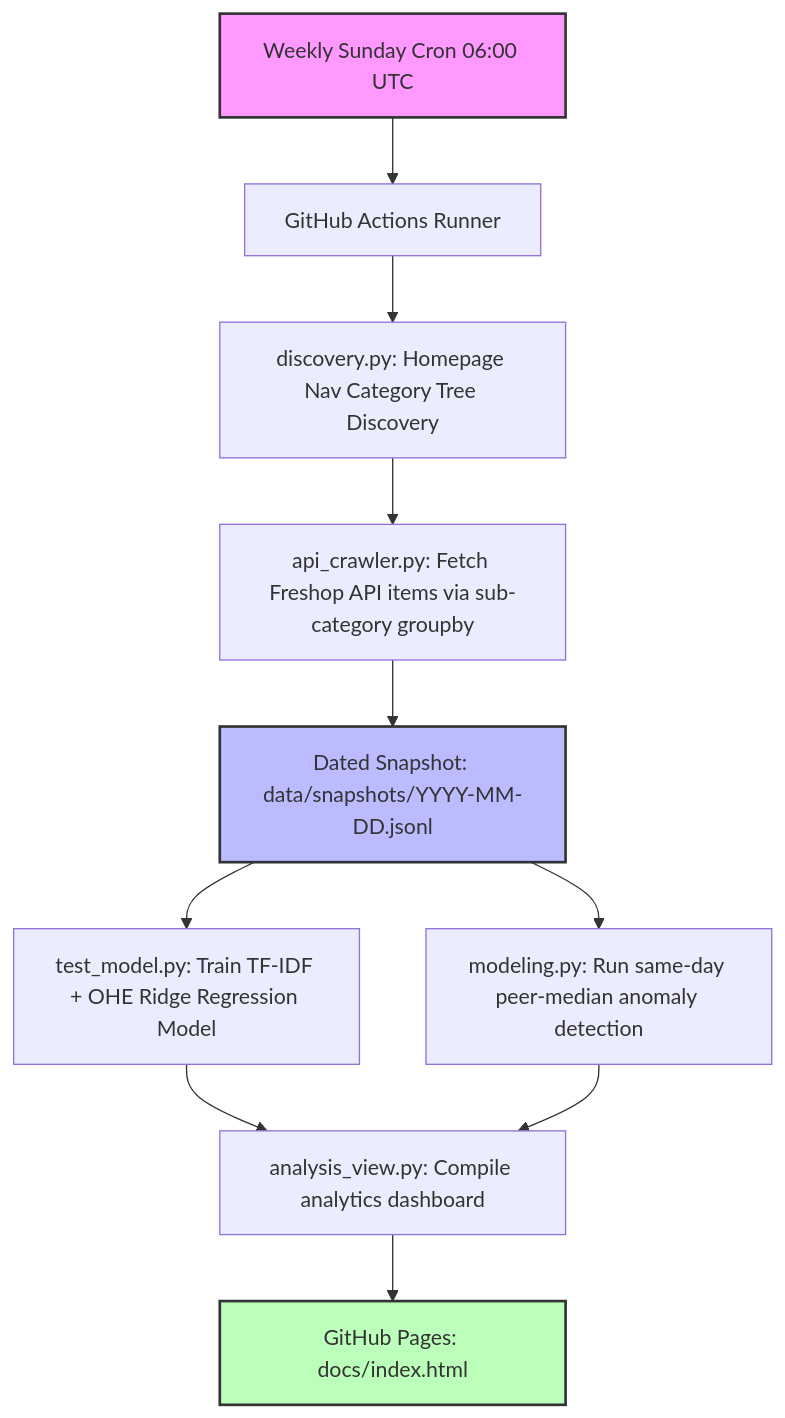
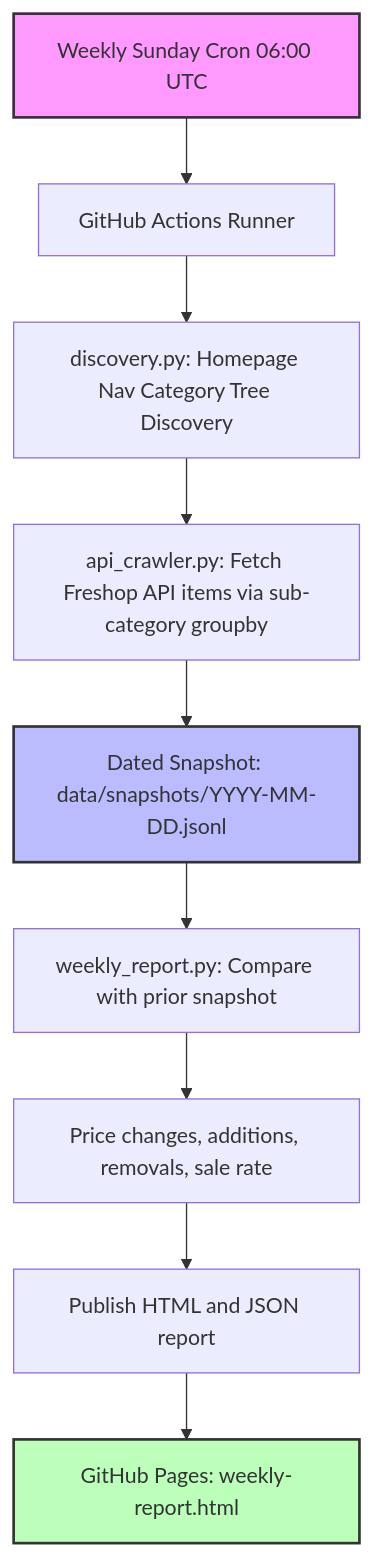
One commit to frankstop/KingKullenResearch changed the diagram in README.md. Above: the diagram before and after it, drawn with Mermaid. The commit also changed other lines of this file and 9 other files, not shown here.

Commit message:
feat: publish weekly price time series

````diff
--- a/README.md
+++ b/README.md
@@ -18,14 +20,14 @@
 ```mermaid
 flowchart TD
     A[Weekly Sunday Cron 06:00 UTC] --> B[GitHub Actions Runner]
     B --> C[discovery.py: Homepage Nav Category Tree Discovery]
     C --> D[api_crawler.py: Fetch Freshop API items via sub-category groupby]
     D --> E[Dated Snapshot: data/snapshots/YYYY-MM-DD.jsonl]
-    E --> F[test_model.py: Train TF-IDF + OHE Ridge Regression Model]
-    E --> G[modeling.py: Run same-day peer-median anomaly detection]
-    F & G --> H[analysis_view.py: Compile analytics dashboard]
-    H --> I[GitHub Pages: docs/index.html]
+    E --> F[weekly_report.py: Compare with prior snapshot]
+    F --> G[Price changes, additions, removals, sale rate]
+    G --> H[Publish HTML and JSON report]
+    H --> I[GitHub Pages: weekly-report.html]
     style A fill:#f9f,stroke:#333,stroke-width:2px
     style E fill:#bbf,stroke:#333,stroke-width:2px
     style I fill:#bfb,stroke:#333,stroke-width:2px
 ```
````
